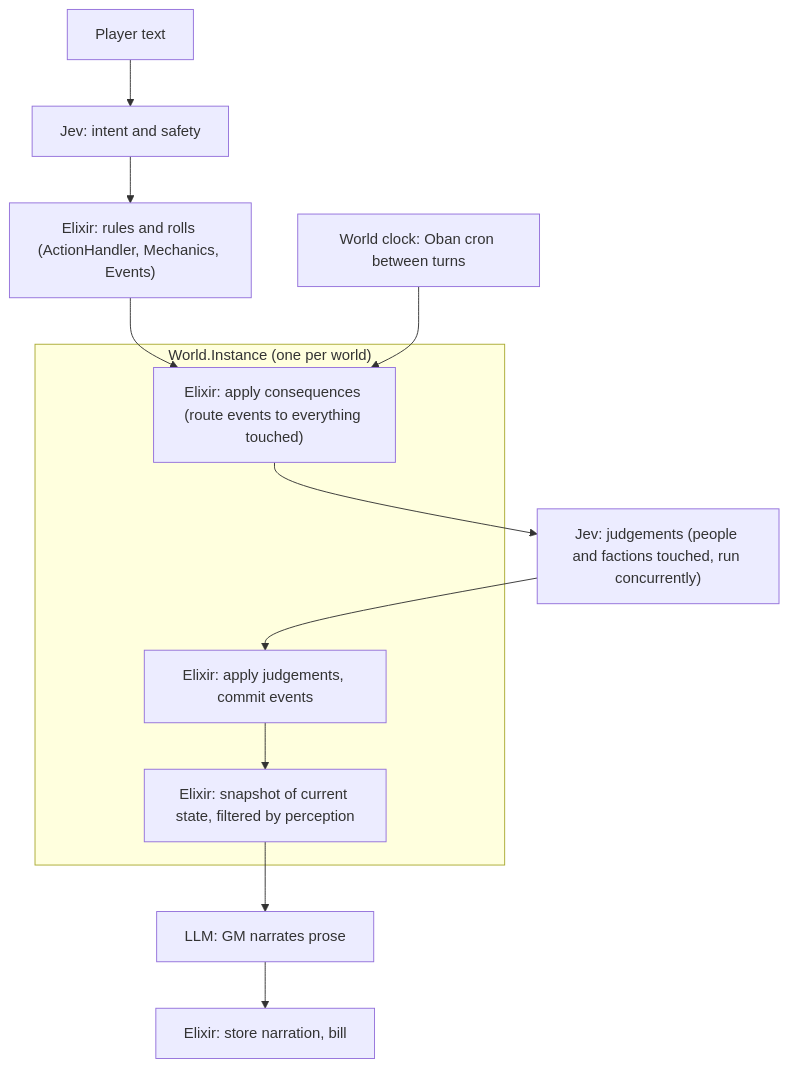
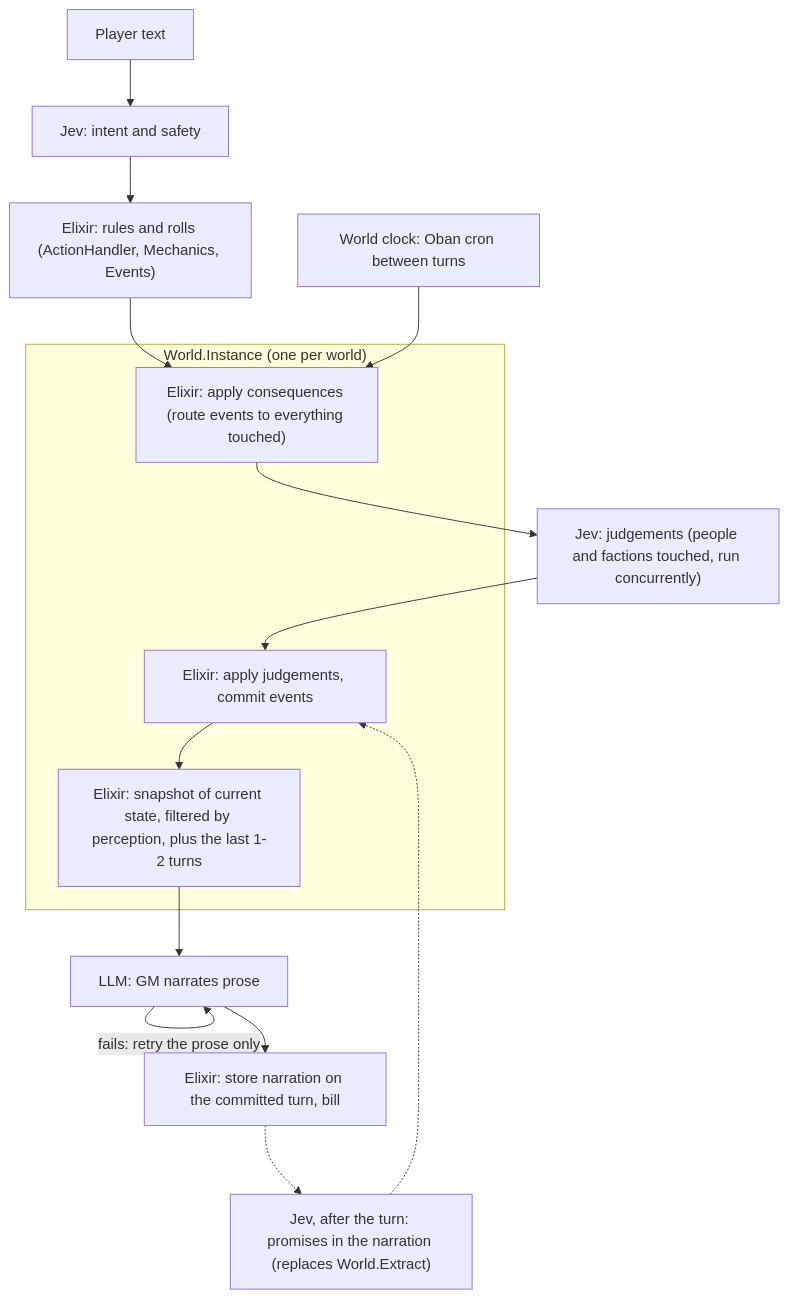
Before and after one commit to fpahlen/ex-tales-forge: the diagram in docs/design-stateful-world.md, drawn with Mermaid. The commit also changed other lines of this file, not shown here.

Commit message:
Stateful world design: questions 1-4 resolved (one process per world + short-lived NPC Tasks, snapshot plus last 1-2 turns, commit before the GM with prose-only retry, only rules and Jev write events); migration after Jev intent PR 2; 5-8 wait on measurements

````diff
--- a/docs/design-stateful-world.md
+++ b/docs/design-stateful-world.md
@@ -32,17 +37,20 @@
 ```mermaid
 flowchart TD
   P["Player text"] --> I["Jev: intent and safety"]
   I --> R["Elixir: rules and rolls (ActionHandler, Mechanics, Events)"]
   R --> C["Elixir: apply consequences (route events to everything touched)"]
   C --> J["Jev: judgements (people and factions touched, run concurrently)"]
   J --> A["Elixir: apply judgements, commit events"]
-  A --> S["Elixir: snapshot of current state, filtered by perception"]
+  A --> S["Elixir: snapshot of current state, filtered by perception, plus the last 1-2 turns"]
   S --> G["LLM: GM narrates prose"]
-  G --> T["Elixir: store narration, bill"]
+  G -->|"fails: retry the prose only"| G
+  G --> T["Elixir: store narration on the committed turn, bill"]
+  T -.-> X["Jev, after the turn: promises in the narration (replaces World.Extract)"]
+  X -.-> A
   K["World clock: Oban cron between turns"] --> C
   subgraph WI["World.Instance (one per world)"]
     C
     A
     S
   end
 ```
````
